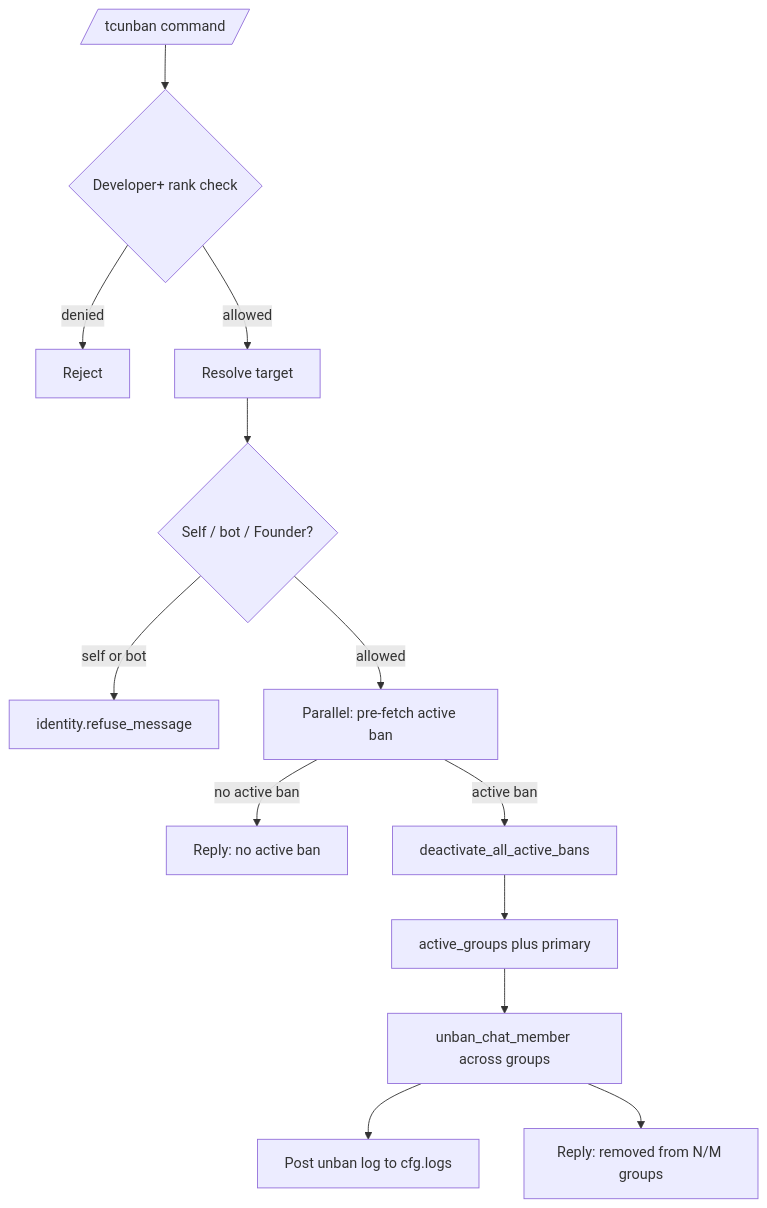
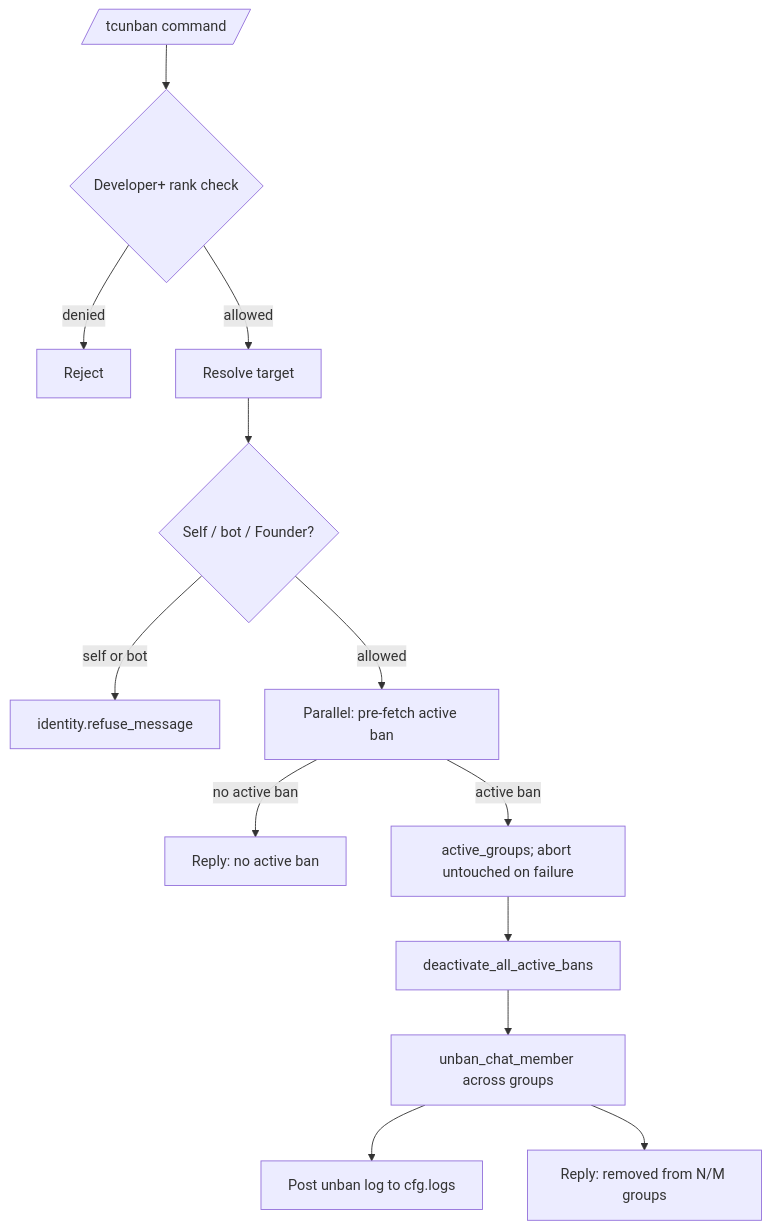
One commit to D1ZZY4/tgbot_tcf changed the diagram in docs/features/moderation/unbanning.md. Above: the diagram before and after it, drawn with Mermaid. The commit also changed other lines of this file and 6 other files, not shown here.

First line of the commit message:
fix(moderation): load groups before lifting bans

````diff
--- a/docs/features/moderation/unbanning.md
+++ b/docs/features/moderation/unbanning.md
@@ -12,15 +12,15 @@
 ```mermaid
 flowchart TD
     Cmd[/tcunban command/] --> Perm{Developer+ rank check}
     Perm -->|denied| End1[Reject]
     Perm -->|allowed| Target[Resolve target]
     Target --> Ident{Self / bot / Founder?}
     Ident -->|self or bot| Refuse[identity.refuse_message]
     Ident -->|allowed| Parallel[Parallel: pre-fetch active ban]
     Parallel -->|no active ban| NoBan[Reply: no active ban]
-    Parallel -->|active ban| Deactivate[deactivate_all_active_bans]
-    Deactivate --> Groups[active_groups plus primary]
-    Groups --> Unban[unban_chat_member across groups]
+    Parallel -->|active ban| Groups[active_groups; abort untouched on failure]
+    Groups --> Deactivate[deactivate_all_active_bans]
+    Deactivate --> Unban[unban_chat_member across groups]
     Unban --> Log[Post unban log to cfg.logs]
     Unban --> Reply[Reply: removed from N/M groups]
 ```
````
